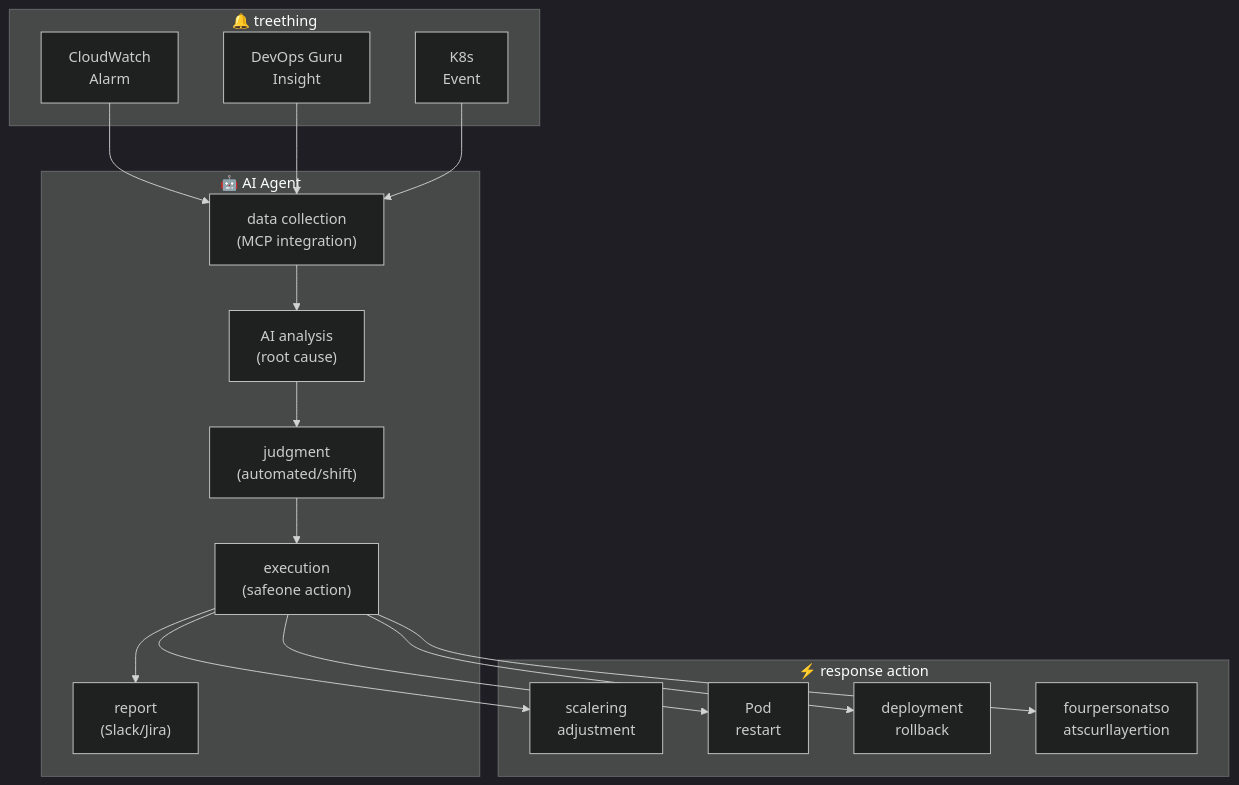
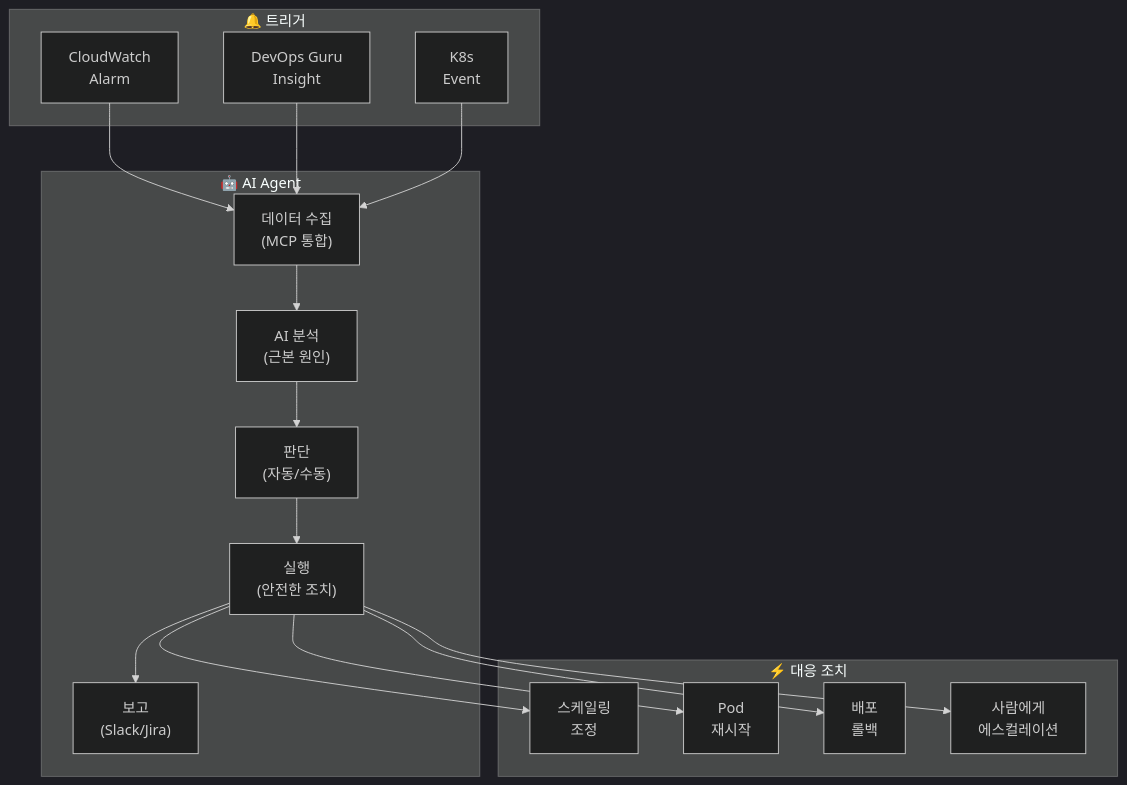
Before and after one commit to devfloor9/engineering-playbook: the fourth of 13 diagrams in i18n/en/docusaurus-plugin-content-docs/current/aidlc/agentic-ops/aiops-predictive-operations.md, drawn with Mermaid (dark theme). The commit also changed other lines of this file and 95 other files, not shown here.

````diff
--- a/i18n/en/docusaurus-plugin-content-docs/current/aidlc/agentic-ops/aiops-predictive-operations.md
+++ b/i18n/en/docusaurus-plugin-content-docs/current/aidlc/agentic-ops/aiops-predictive-operations.md
@@ -1006,31 +1009,33 @@
 ```mermaid
 graph TD
-subgraph Trigger["🔔 treething"]
-CWA["CloudWatch<br/>Alarm"]
-DGA["DevOps Guru<br/>Insight"]
-K8SE["K8s<br/>Event"]
-end
+ subgraph Trigger["🔔 트리거"]
+ CWA["CloudWatch<br/>Alarm"]
+ DGA["DevOps Guru<br/>Insight"]
+ K8SE["K8s<br/>Event"]
+ end
 
-subgraph Agent["🤖 AI Agent"]
-COLLECT["data collection<br/>(MCP integration)"]
-ANALYZE["AI analysis<br/>(root cause)"]
-DECIDE["judgment<br/>(automated/shift)"]
-ACT["execution<br/>(safeone action)"]
-REPORT["report<br/>(Slack/Jira)"]
-end
+ subgraph Agent["🤖 AI Agent"]
+ COLLECT["데이터 수집<br/>(MCP 통합)"]
+ ANALYZE["AI 분석<br/>(근본 원인)"]
+ DECIDE["판단<br/>(자동/수동)"]
+ ACT["실행<br/>(안전한 조치)"]
+ REPORT["보고<br/>(Slack/Jira)"]
+ end
 
-subgraph Actions["⚡ response action"]
-SCALE["scalering<br/>adjustment"]
-RESTART["Pod<br/>restart"]
-ROLLBACK["deployment<br/>rollback"]
-ESCALATE["fourpersonatso <br/>atscurllayertion"]
-end
+ subgraph Actions["⚡ 대응 조치"]
+ SCALE["스케일링<br/>조정"]
+ RESTART["Pod<br/>재시작"]
+ ROLLBACK["배포<br/>롤백"]
+ ESCALATE["사람에게<br/>에스컬레이션"]
+ end
 
-CWA --> COLLECT
-DGA --> COLLECT
-K8SE --> COLLECT --> ANALYZE --> DECIDE --> ACT --> REPORT
-ACT --> SCALE
-ACT --> RESTART
-ACT --> ROLLBACK
-ACT --> ESCALATE
+ CWA --> COLLECT
+ DGA --> COLLECT
+ K8SE --> COLLECT
+ COLLECT --> ANALYZE --> DECIDE
+ DECIDE --> ACT --> REPORT
+ ACT --> SCALE
+ ACT --> RESTART
+ ACT --> ROLLBACK
+ ACT --> ESCALATE
 ```
````
